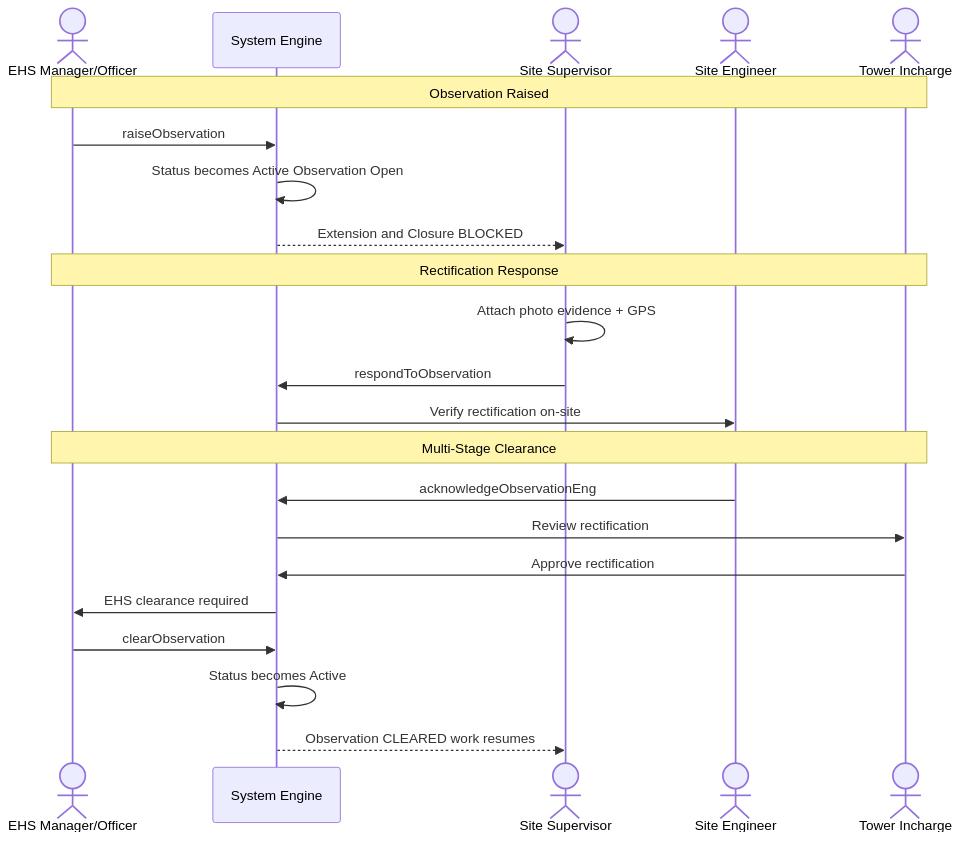
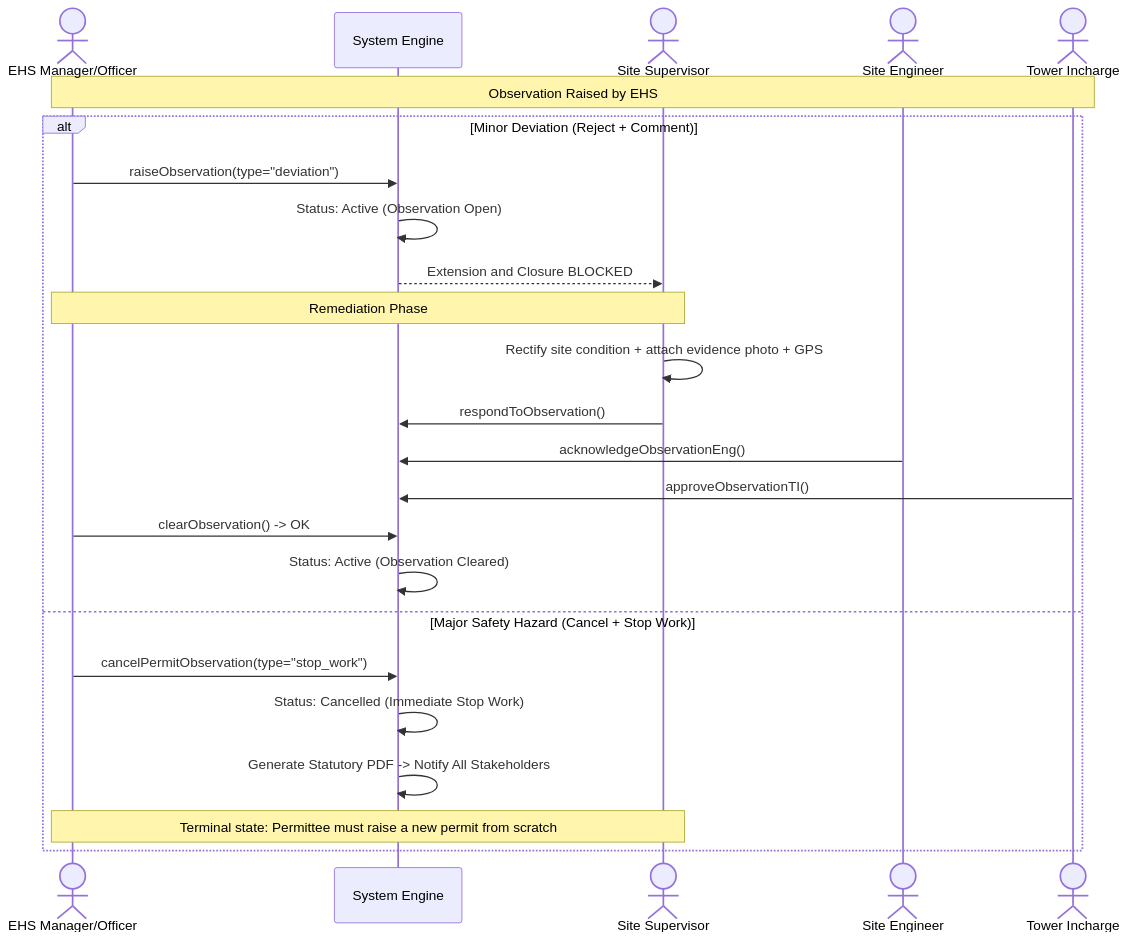
One commit to AuroGroupAutomationBot/ARPL-EHS-Demo changed diagram 15 of 25 in README.md. Above: the diagram before and after it, drawn with Mermaid. The commit also changed other lines of this file, not shown here.

````diff
--- a/README.md
+++ b/README.md
@@ -519,28 +1130,27 @@
 ```mermaid
 sequenceDiagram
     actor EHS as EHS Manager/Officer
     participant SYS as System Engine
     actor SS as Site Supervisor
     actor SE as Site Engineer
     actor TI as Tower Incharge
 
-    Note over EHS,TI: Observation Raised
-    EHS->>SYS: raiseObservation
-    SYS->>SYS: Status becomes Active Observation Open
-    SYS-->>SS: Extension and Closure BLOCKED
-
-    Note over EHS,TI: Rectification Response
-    SS->>SS: Attach photo evidence + GPS
-    SS->>SYS: respondToObservation
-    SYS->>SE: Verify rectification on-site
-
-    Note over EHS,TI: Multi-Stage Clearance
-    SE->>SYS: acknowledgeObservationEng
-    SYS->>TI: Review rectification
-    TI->>SYS: Approve rectification
-    SYS->>EHS: EHS clearance required
-
-    EHS->>SYS: clearObservation
-    SYS->>SYS: Status becomes Active
-    SYS-->>SS: Observation CLEARED work resumes
+    Note over EHS,TI: Observation Raised by EHS
+    alt Minor Deviation (Reject + Comment)
+        EHS->>SYS: raiseObservation(type="deviation")
+        SYS->>SYS: Status: Active (Observation Open)
+        SYS-->>SS: Extension and Closure BLOCKED
+        Note over SS,EHS: Remediation Phase
+        SS->>SS: Rectify site condition + attach evidence photo + GPS
+        SS->>SYS: respondToObservation()
+        SE->>SYS: acknowledgeObservationEng()
+        TI->>SYS: approveObservationTI()
+        EHS->>SYS: clearObservation() -> OK
+        SYS->>SYS: Status: Active (Observation Cleared)
+    else Major Safety Hazard (Cancel + Stop Work)
+        EHS->>SYS: cancelPermitObservation(type="stop_work")
+        SYS->>SYS: Status: Cancelled (Immediate Stop Work)
+        SYS->>SYS: Generate Statutory PDF -> Notify All Stakeholders
+        Note over SS,EHS: Terminal state: Permittee must raise a new permit from scratch
+    end
 ```
````
